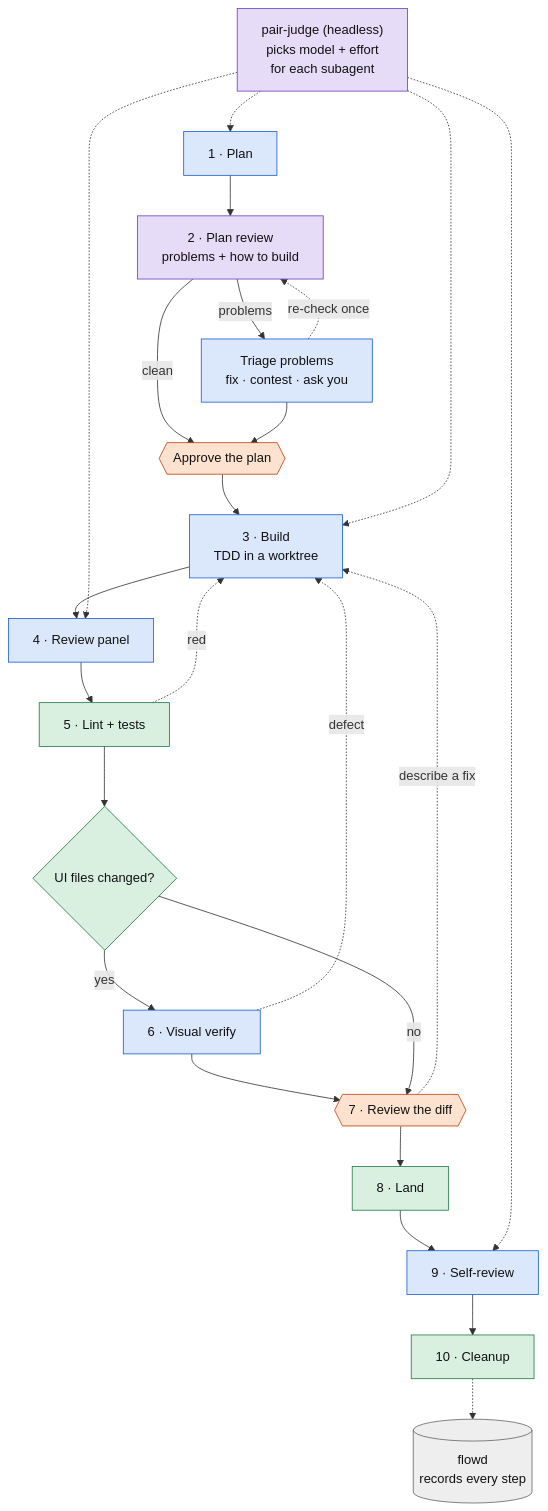
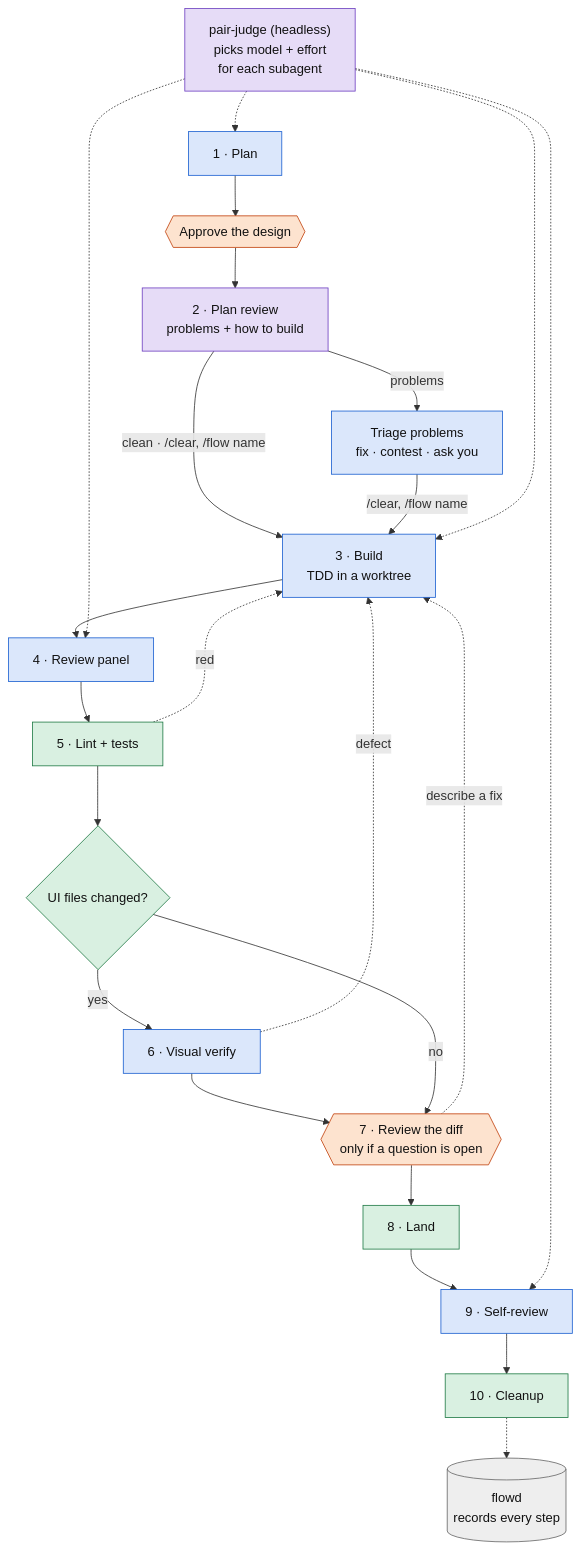
The second of 2 diagrams in README.md (tweety53/agents), drawn with Mermaid before and after one commit. The commit also changed other lines of this file and 10 other files, not shown here.

````diff
--- a/README.md
+++ b/README.md
@@ -50,41 +50,41 @@
 ```mermaid
 flowchart TD
     plan["1 · Plan"]:::agent
     pc["2 · Plan review<br/>problems + how to build"]:::head
     tri["Triage problems<br/>fix · contest · ask you"]:::agent
-    appr{{"Approve the plan"}}:::you
+    appr{{"Approve the design"}}:::you
     build["3 · Build<br/>TDD in a worktree"]:::agent
     panel["4 · Review panel"]:::agent
     lint["5 · Lint + tests"]:::guard
     trig{"UI files changed?"}:::guard
     vv["6 · Visual verify"]:::agent
-    diff{{"7 · Review the diff"}}:::you
+    diff{{"7 · Review the diff<br/>only if a question is open"}}:::you
     land["8 · Land"]:::guard
     sr["9 · Self-review"]:::agent
     done["10 · Cleanup"]:::guard
 
-    plan --> pc
-    pc -- problems --> tri -. re-check once .-> pc
-    pc -- clean --> appr
-    tri --> appr
-    appr --> build --> panel --> lint --> trig
+    plan --> appr --> pc
+    pc -- problems --> tri
+    pc -- "clean · /clear, /flow name" --> build
+    tri -- "/clear, /flow name" --> build
+    build --> panel --> lint --> trig
     trig -- yes --> vv --> diff
     trig -- no --> diff
     lint -. red .-> build
     vv -. defect .-> build
     diff -. "describe a fix" .-> build
     diff --> land --> sr --> done
 
     pj["pair-judge (headless)<br/>picks model + effort<br/>for each subagent"]:::head
     pj -.-> plan
     pj -.-> build
     pj -.-> panel
     pj -.-> sr
     done -.-> flowd[("flowd<br/>records every step")]:::store
 
     classDef you fill:#fde3cf,stroke:#c2410c,color:#111
     classDef agent fill:#dbe7fb,stroke:#1a5fd0,color:#111
     classDef head fill:#e6dcf7,stroke:#6d3fc0,color:#111
     classDef guard fill:#d9f0e1,stroke:#1f7a45,color:#111
     classDef store fill:#eee,stroke:#666,color:#111
 ```
````
